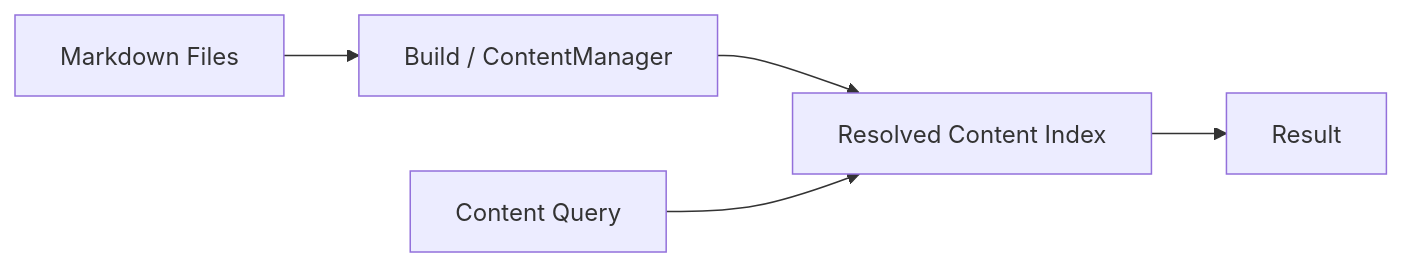
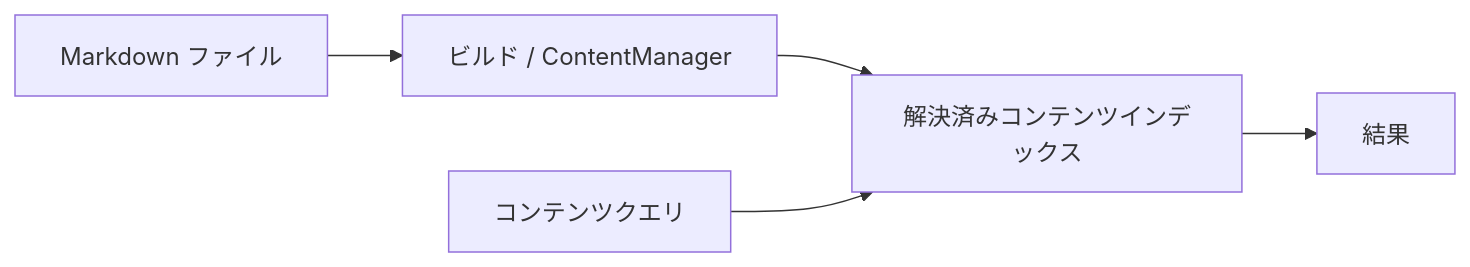
The ninth of 13 diagrams in docs/docs/framework/content-system.ja.md (Rerurate514/riebeckite), drawn with Mermaid before and after one commit. The commit also changed other lines of this file and 310 other files, not shown here.

````diff
--- a/docs/docs/framework/content-system.ja.md
+++ b/docs/docs/framework/content-system.ja.md
@@ -397,13 +349,13 @@
 ```mermaid id="bf0k8w"
 flowchart LR
-    Files["Markdown Files"]
-    Build["Build / ContentManager"]
-    Index["Resolved Content Index"]
-    Query["Content Query"]
-    Result["Result"]
+    Files["Markdown ファイル"]
+    Build["ビルド / ContentManager"]
+    Index["解決済みコンテンツインデックス"]
+    Query["コンテンツクエリ"]
+    Result["結果"]
 
     Files --> Build
     Build --> Index
     Query --> Index
     Index --> Result
 ```
````
